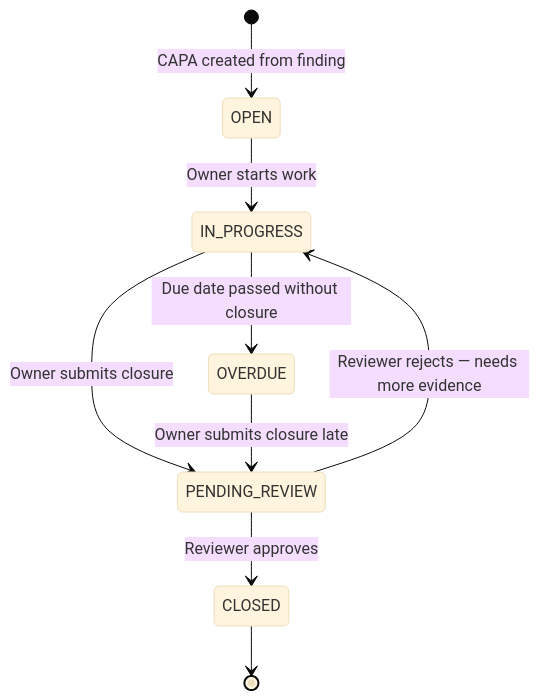
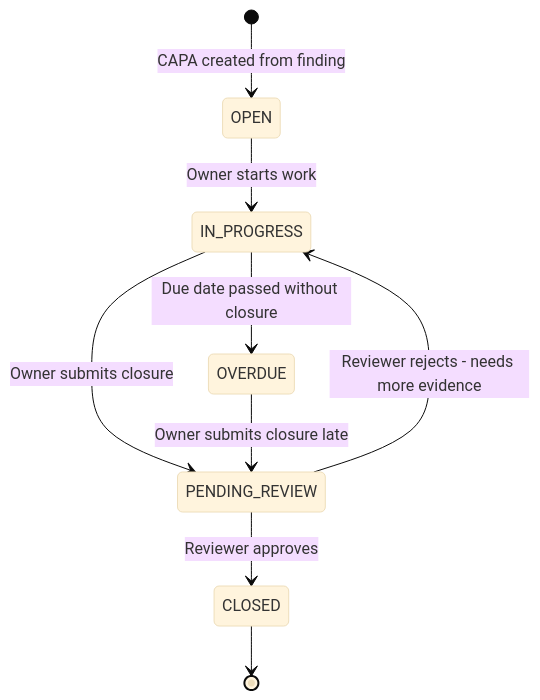
Before and after one commit to Nandan222001/health_smart_engage: the fifth of 6 diagrams in docs/diagrams/flows/05_audit_capa_flow.md, drawn with Mermaid (base theme). The commit also changed other lines of this file and 15 other files, not shown here.

First line of the commit message:
fix: repair Mermaid rendering errors across all diagram files

````diff
--- a/docs/diagrams/flows/05_audit_capa_flow.md
+++ b/docs/diagrams/flows/05_audit_capa_flow.md
@@ -107,11 +107,11 @@
 ```mermaid
 stateDiagram-v2
     [*] --> OPEN : CAPA created from finding
     OPEN --> IN_PROGRESS : Owner starts work
     IN_PROGRESS --> OVERDUE : Due date passed without closure
     IN_PROGRESS --> PENDING_REVIEW : Owner submits closure
     OVERDUE --> PENDING_REVIEW : Owner submits closure late
     PENDING_REVIEW --> CLOSED : Reviewer approves
-    PENDING_REVIEW --> IN_PROGRESS : Reviewer rejects — needs more evidence
+    PENDING_REVIEW --> IN_PROGRESS : Reviewer rejects - needs more evidence
     CLOSED --> [*]
 ```
````
